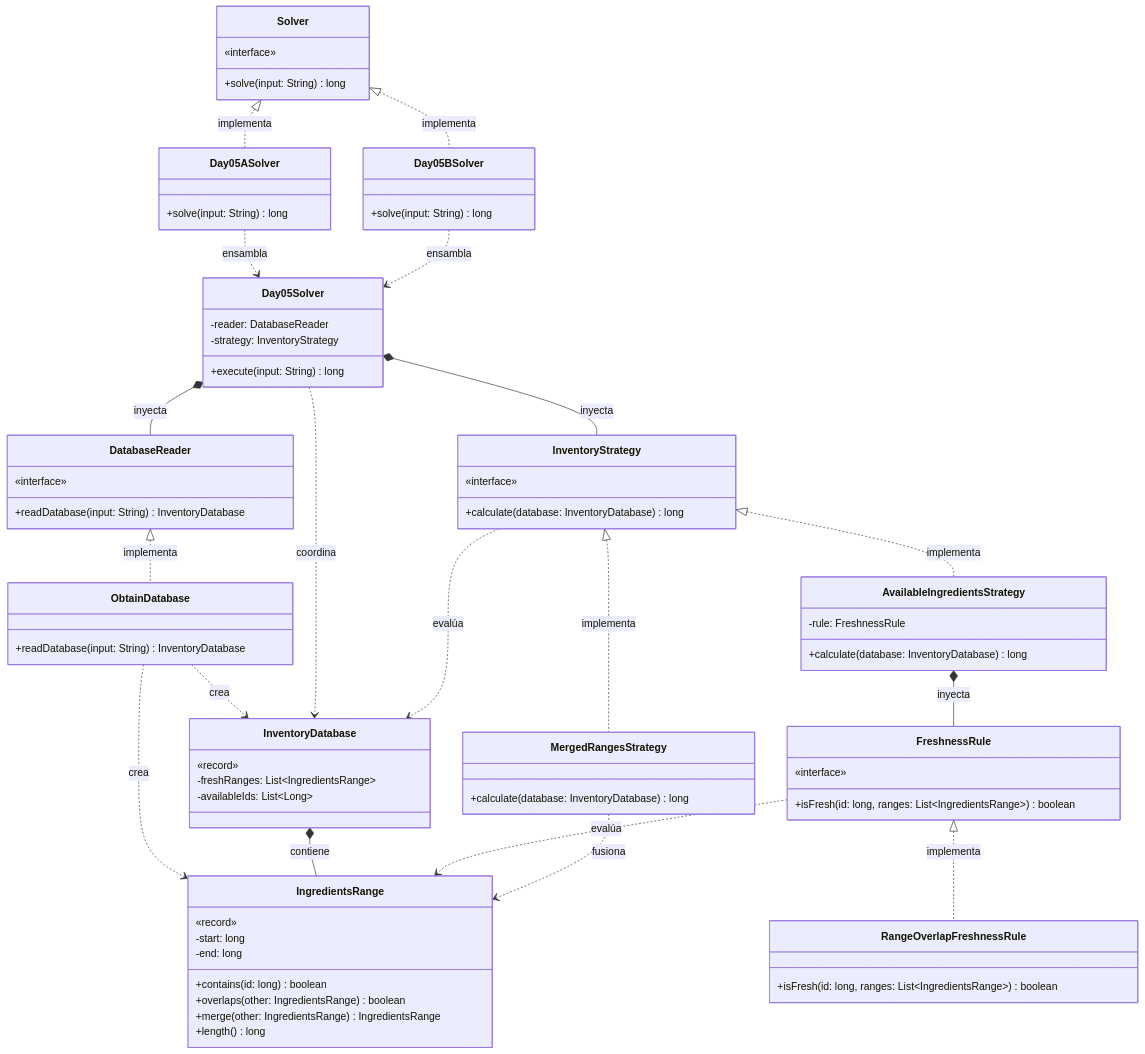
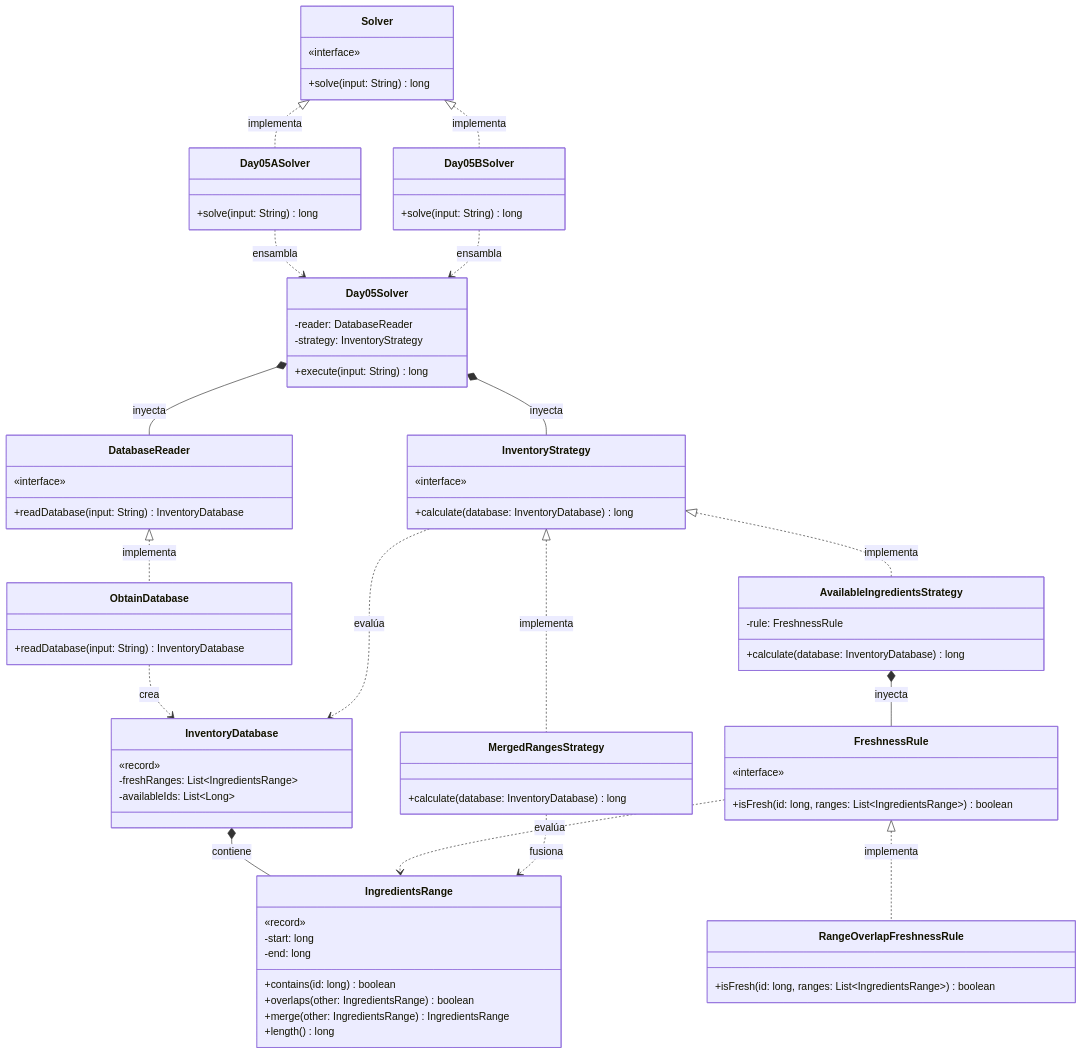
The diagram in src/main/java/software/aoc/day05/README.md (ivanperezdiaz829/AoC2025), drawn with Mermaid before and after one commit.

Commit message:
fix(README): Relations modified

```diff
--- a/src/main/java/software/aoc/day05/README.md
+++ b/src/main/java/software/aoc/day05/README.md
@@ -122,9 +122,7 @@
 
 %% Dependencias de Dominio
     ObtainDatabase ..> InventoryDatabase : crea
-    ObtainDatabase ..> IngredientsRange : crea
     InventoryDatabase *-- IngredientsRange : contiene
-    Day05Solver ..> InventoryDatabase : coordina
     InventoryStrategy ..> InventoryDatabase : evalúa
     FreshnessRule ..> IngredientsRange : evalúa
     MergedRangesStrategy ..> IngredientsRange : fusiona
```
